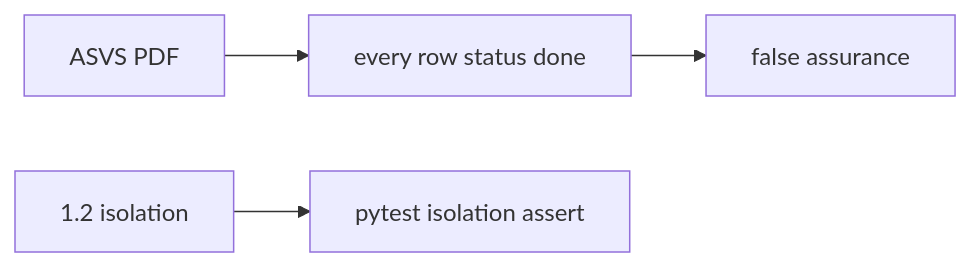
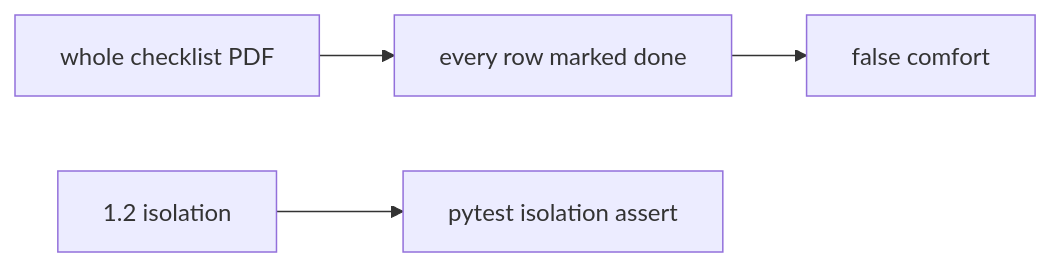
The second of 2 diagrams in content/modules/9/9.1/lessons/01-property.md (ishitvagoel/LearnSecurity), drawn with Mermaid before and after one commit. The commit also changed other lines of this file and 39 other files, not shown here.

````diff
--- a/content/modules/9/9.1/lessons/01-property.md
+++ b/content/modules/9/9.1/lessons/01-property.md
@@ -28,6 +29,6 @@
 ```mermaid
 flowchart LR
-  Pdf[ASVS PDF] --> Paste[every row status done]
+  Pdf[whole checklist PDF] --> Paste[every row marked done]
   Threat["1.2 isolation"] --> Test[pytest isolation assert]
-  Paste --> False[false assurance]
+  Paste --> False[false comfort]
 ```
````
